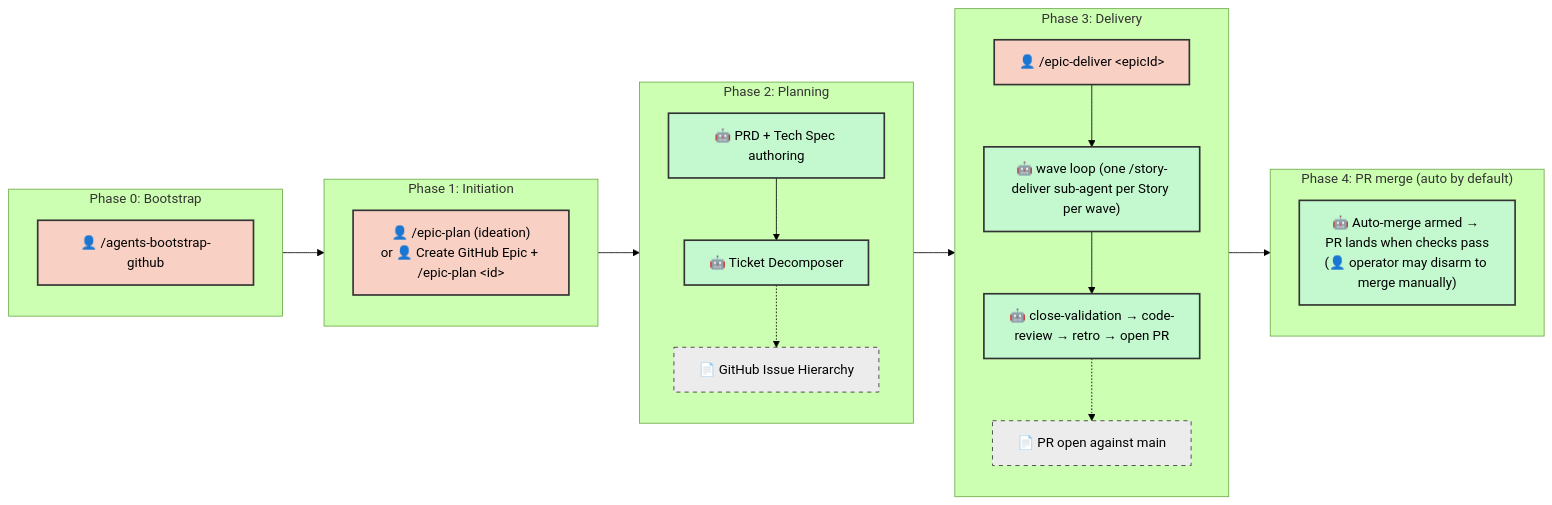
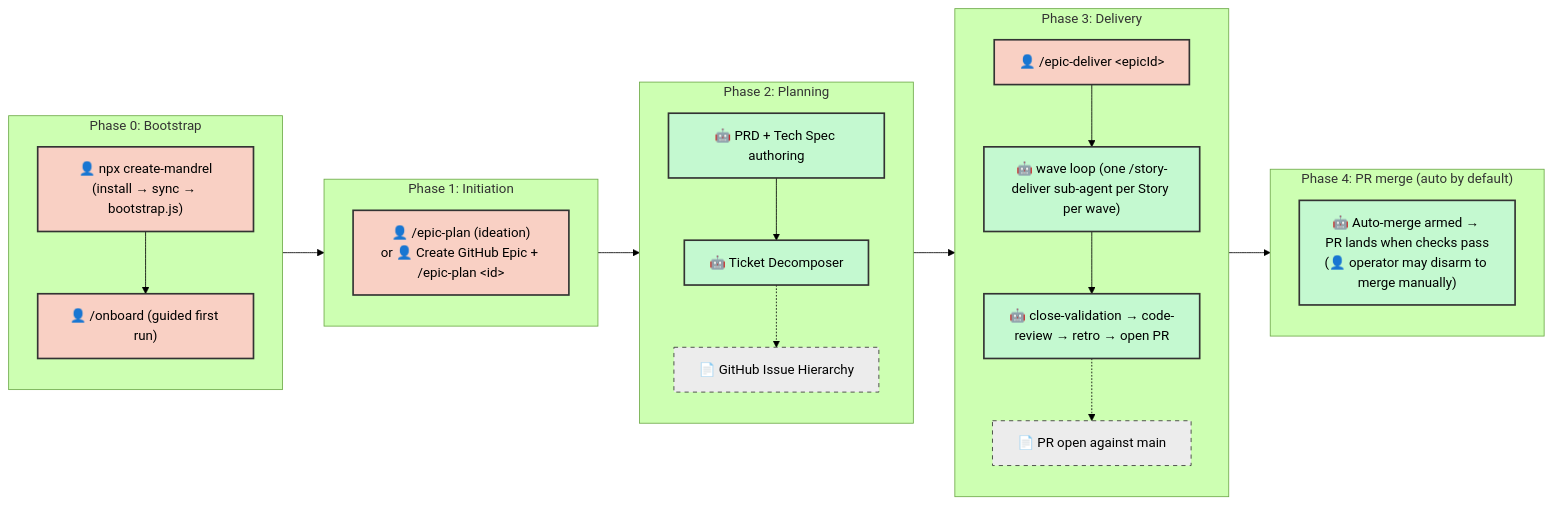
The diagram in .agents/docs/SDLC.md (dsj1984/mandrel), drawn with Mermaid (forest theme) before and after one commit. The commit also changed other lines of this file and 2 other files, not shown here.

Commit message:
docs: rewrite install quickstart + SDLC Phase 0 around canonical path (refs #3892) (#3913)

````diff
--- a/.agents/docs/SDLC.md
+++ b/.agents/docs/SDLC.md
@@ -219,43 +219,45 @@
 ```mermaid
 graph LR
     classDef manual fill:#f9d0c4,stroke:#333,stroke-width:2px,color:#000;
     classDef agentic fill:#c4f9d0,stroke:#333,stroke-width:2px,color:#000;
     classDef artifact fill:#ececec,stroke:#333,stroke-width:1px,stroke-dasharray: 5 5,color:#000;
 
     subgraph Phase0 ["Phase 0: Bootstrap"]
         direction TB
-        Z["👤 /agents-bootstrap-github"]:::manual
+        Z["👤 npx create-mandrel<br/>(install → sync → bootstrap.js)"]:::manual
+        Z2["👤 /onboard (guided first run)"]:::manual
+        Z --> Z2
     end
 
     subgraph Phase1 ["Phase 1: Initiation"]
         direction TB
         A["👤 /epic-plan (ideation)<br/>or 👤 Create GitHub Epic + /epic-plan &lt;id&gt;"]:::manual
     end
 
     subgraph Phase2 ["Phase 2: Planning"]
         direction TB
         C["🤖 PRD + Tech Spec authoring"]:::agentic
         D["🤖 Ticket Decomposer"]:::agentic
         C --> D
         D -.-> D_Art["📄 GitHub Issue Hierarchy"]:::artifact
     end
 
     subgraph Phase3 ["Phase 3: Delivery"]
         direction TB
         E["👤 /epic-deliver &lt;epicId&gt;"]:::manual
         F["🤖 wave loop (one /story-deliver sub-agent per Story per wave)"]:::agentic
         G["🤖 close-validation → code-review → retro → open PR"]:::agentic
         E --> F --> G
         G -.-> G_Art["📄 PR open against main"]:::artifact
     end
 
     subgraph Phase4 ["Phase 4: PR merge (auto by default)"]
         direction TB
         H["🤖 Auto-merge armed → PR lands when checks pass<br/>(👤 operator may disarm to merge manually)"]:::agentic
     end
 
-    Z --> A
+    Z2 --> A
     A --> C
     D --> E
     G --> H
 ```
````
